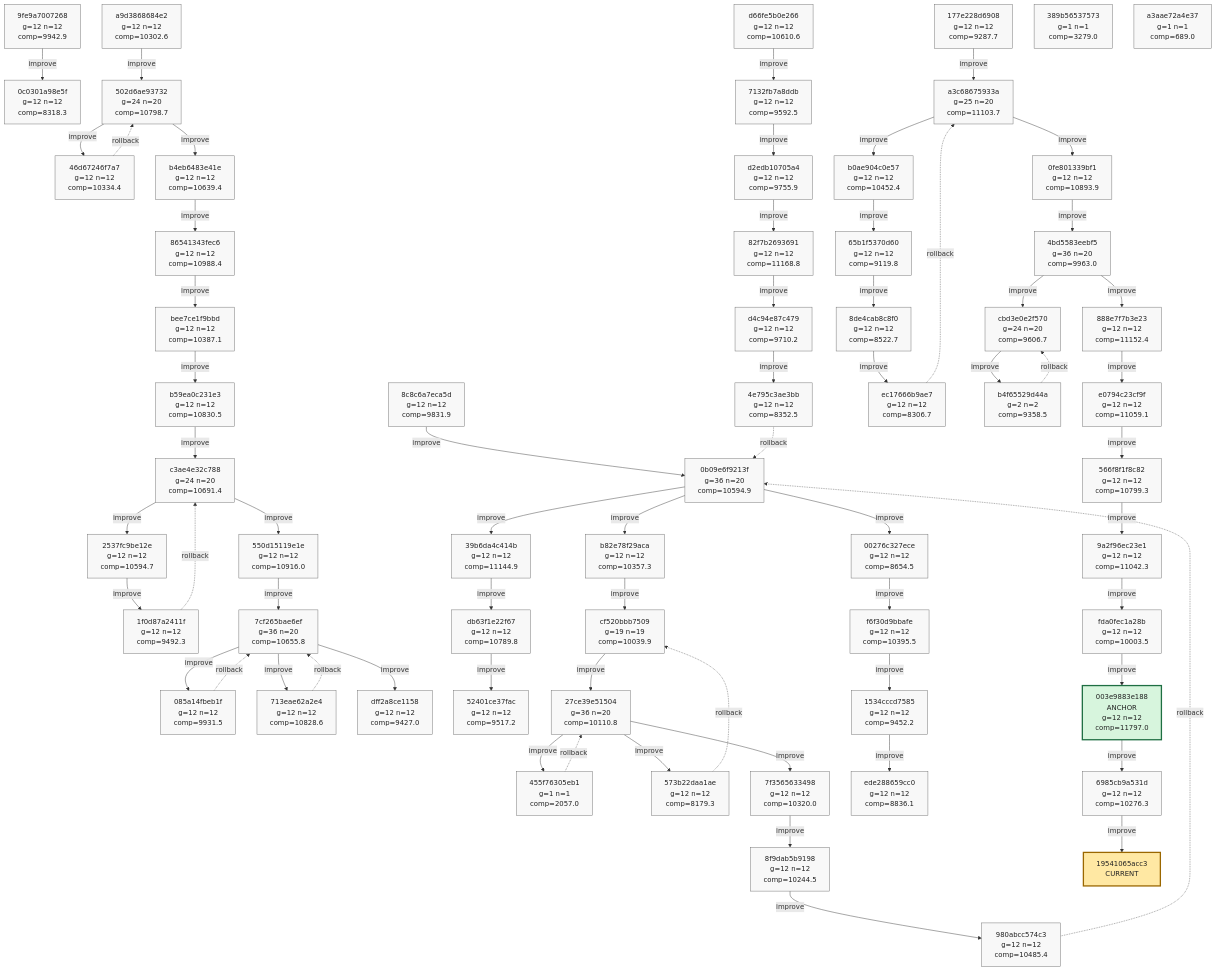
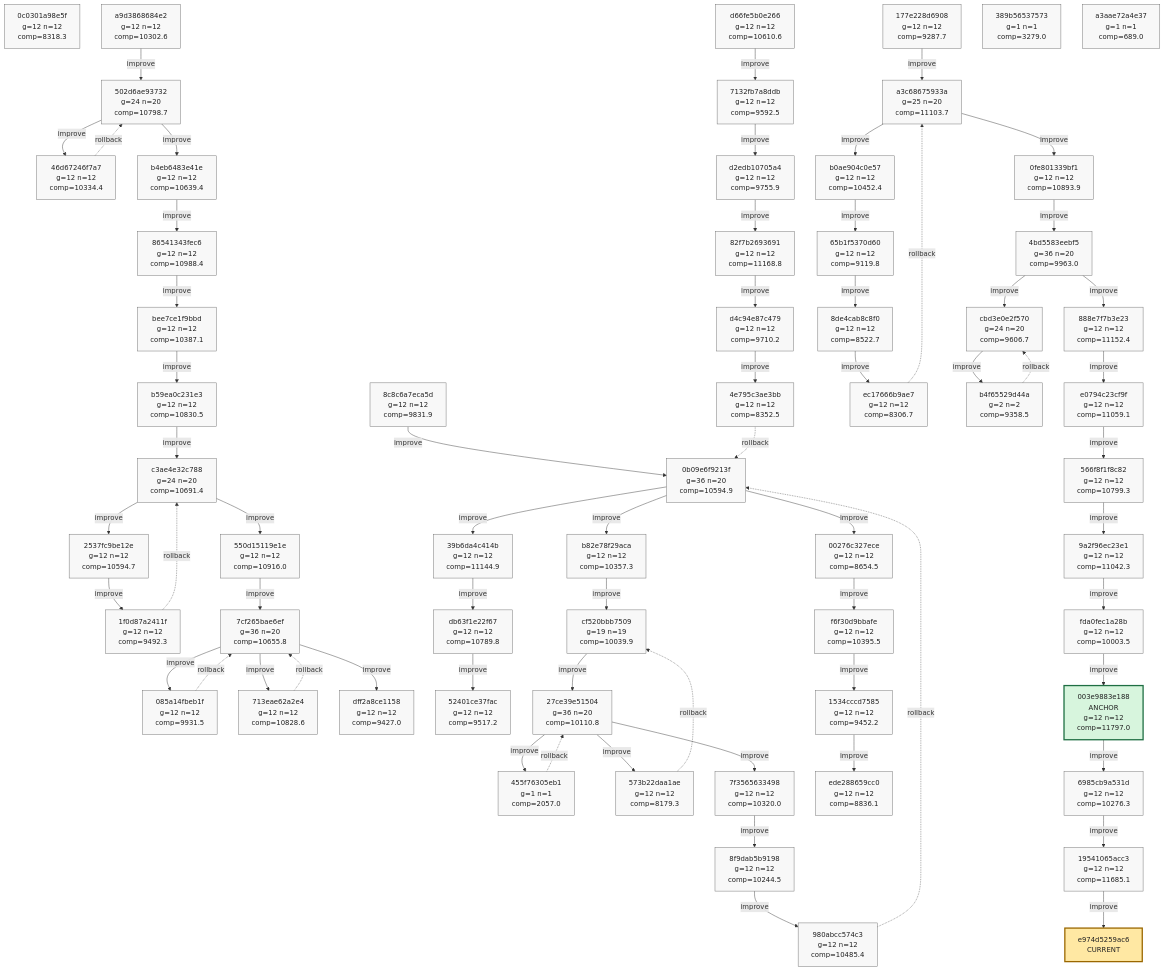
The first of 10 diagrams in phyrogenetic-tree.md (azumag/soviet_now), drawn with Mermaid before and after one commit. The commit also changed other lines of this file and 2 other files, not shown here.

Commit message:
eloop Improve after 12 games (scores: 19244 9224 7747 11995 14226 10439 12843 18554 13627 11938 10264 13347)

````diff
--- a/phyrogenetic-tree.md
+++ b/phyrogenetic-tree.md
@@ -16,6 +16,5 @@
 ```mermaid
 flowchart TD
-    h_9fe9a7007268["9fe9a7007268<br/>g=12 n=12<br/>comp=9942.9"]
     h_0c0301a98e5f["0c0301a98e5f<br/>g=12 n=12<br/>comp=8318.3"]
     h_a9d3868684e2["a9d3868684e2<br/>g=12 n=12<br/>comp=10302.6"]
     h_502d6ae93732["502d6ae93732<br/>g=24 n=20<br/>comp=10798.7"]
@@ -72,11 +71,11 @@
     h_fda0fec1a28b["fda0fec1a28b<br/>g=12 n=12<br/>comp=10003.5"]
     h_003e9883e188["003e9883e188<br/>ANCHOR<br/>g=12 n=12<br/>comp=11797.0"]
     h_6985cb9a531d["6985cb9a531d<br/>g=12 n=12<br/>comp=10276.3"]
+    h_19541065acc3["19541065acc3<br/>g=12 n=12<br/>comp=11685.1"]
     h_389b56537573["389b56537573<br/>g=1 n=1<br/>comp=3279.0"]
     h_a3aae72a4e37["a3aae72a4e37<br/>g=1 n=1<br/>comp=689.0"]
-    h_19541065acc3["19541065acc3<br/>CURRENT"]
+    h_e974d5259ac6["e974d5259ac6<br/>CURRENT"]
 
-    h_9fe9a7007268 -->|improve| h_0c0301a98e5f
     h_a9d3868684e2 -->|improve| h_502d6ae93732
     h_502d6ae93732 -->|improve| h_46d67246f7a7
     h_46d67246f7a7 -. rollback .-> h_502d6ae93732
@@ -139,13 +138,13 @@
     h_fda0fec1a28b -->|improve| h_003e9883e188
     h_003e9883e188 -->|improve| h_6985cb9a531d
     h_6985cb9a531d -->|improve| h_19541065acc3
+    h_19541065acc3 -->|improve| h_e974d5259ac6
 
     classDef plain fill:#f8f8f8,stroke:#666,stroke-width:1px,color:#222;
     classDef current fill:#ffe8a3,stroke:#9a6700,stroke-width:3px,color:#222;
     classDef anchor fill:#d7f5dd,stroke:#1f6f43,stroke-width:3px,color:#222;
     classDef current_anchor fill:#f3e4a8,stroke:#1f6f43,stroke-width:4px,color:#222;
 
-    class h_9fe9a7007268 plain;
     class h_0c0301a98e5f plain;
     class h_a9d3868684e2 plain;
     class h_502d6ae93732 plain;
@@ -202,7 +201,8 @@
     class h_fda0fec1a28b plain;
     class h_003e9883e188 anchor;
     class h_6985cb9a531d plain;
+    class h_19541065acc3 plain;
     class h_389b56537573 plain;
     class h_a3aae72a4e37 plain;
-    class h_19541065acc3 current;
+    class h_e974d5259ac6 current;
 ```
````
